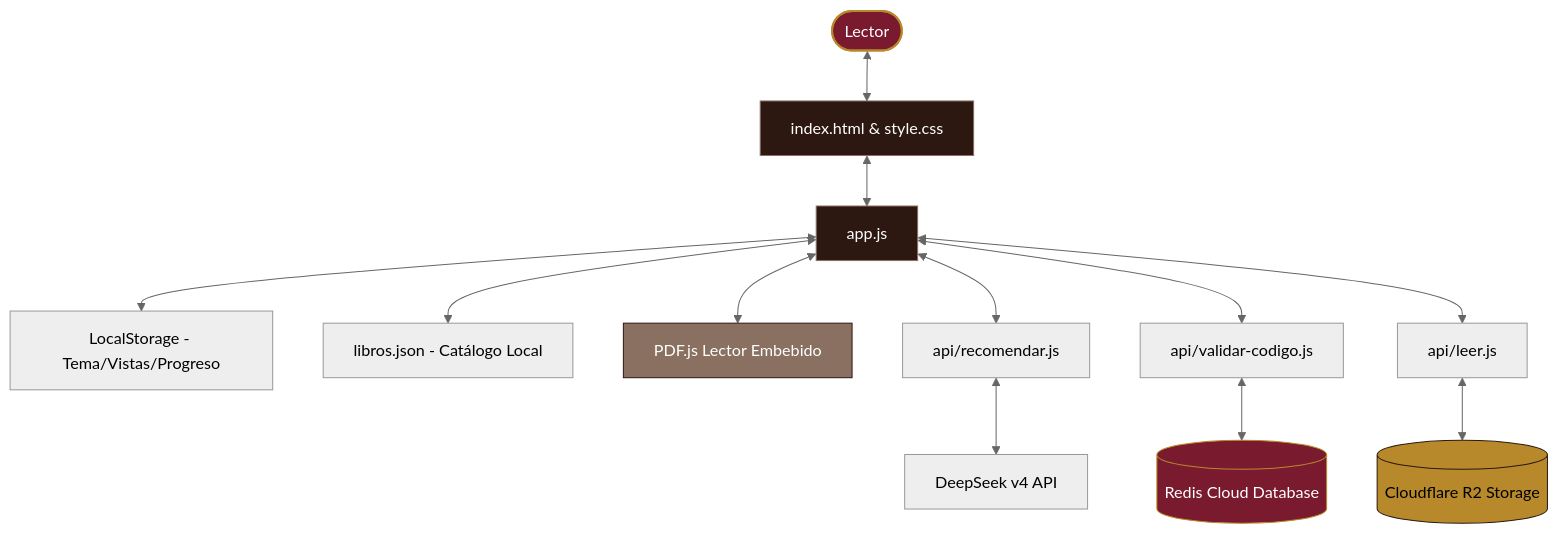
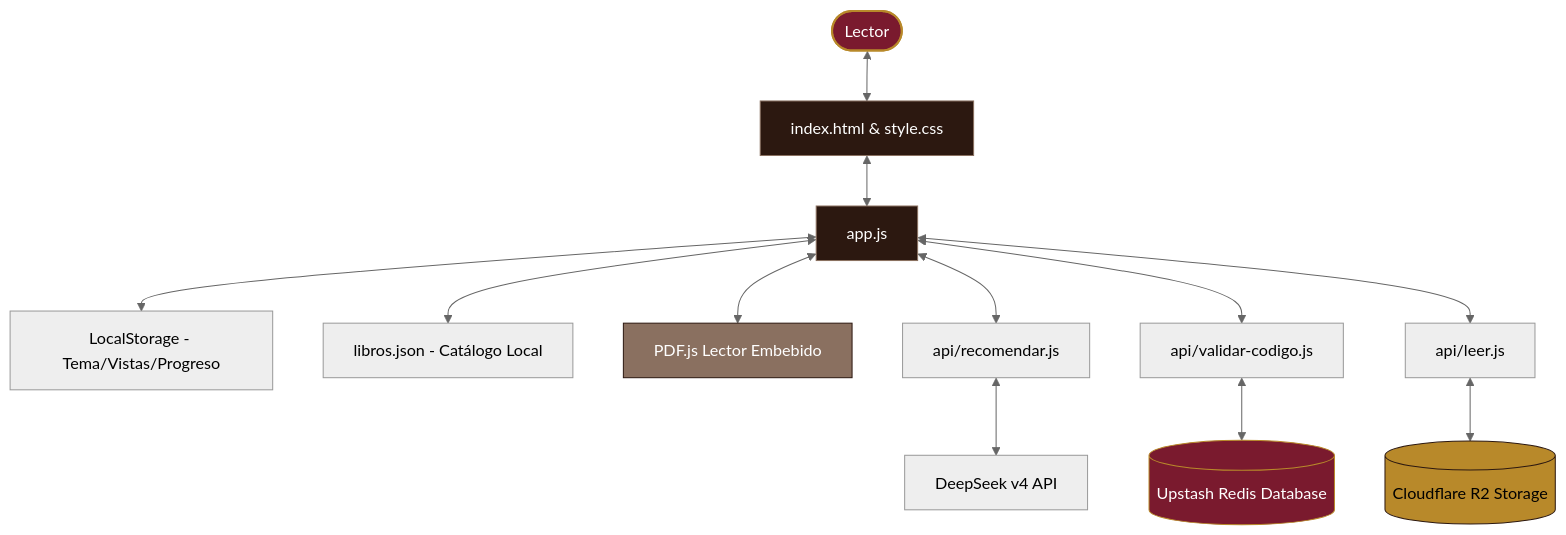
One commit to libros-en-accion/biblioteca-digital changed the diagram in boveda/02 - Arquitectura Técnica/Arquitectura - Vista General.md. Above: the diagram before and after it, drawn with Mermaid (neutral theme). The commit also changed other lines of this file and 10 other files, not shown here.

Commit message:
docs: actualizar guias y arquitectura para usar Upstash Redis y documentar automatizacion de codigos

````diff
--- a/boveda/02 - Arquitectura Técnica/Arquitectura - Vista General.md
+++ b/boveda/02 - Arquitectura Técnica/Arquitectura - Vista General.md
@@ -18,24 +18,24 @@
 ```mermaid
 graph TD
     User([Lector]) <--> HTML[index.html & style.css]
     HTML <--> JS[app.js]
     JS <--> Cache[LocalStorage - Tema/Vistas/Progreso]
     JS <--> Data[libros.json - Catálogo Local]
     JS <--> PDFJS[PDF.js Lector Embebido]
     
     JS <--> API_Rec[api/recomendar.js]
     API_Rec <--> DS[DeepSeek v4 API]
     
     JS <--> API_Val[api/validar-codigo.js]
-    API_Val <--> Redis[(Redis Cloud Database)]
+    API_Val <--> Redis[(Upstash Redis Database)]
     
     JS <--> API_Read[api/leer.js]
     API_Read <--> R2[(Cloudflare R2 Storage)]
 
     style User fill:#7a1a2e,stroke:#b8892a,stroke-width:2px,color:#fff
     style HTML fill:#2c1810,stroke:#8a7060,color:#fff
     style JS fill:#2c1810,stroke:#8a7060,color:#fff
     style PDFJS fill:#8a7060,stroke:#2c1810,color:#fff
     style Redis fill:#7a1a2e,stroke:#b8892a,color:#fff
     style R2 fill:#b8892a,stroke:#2c1810,color:#000
 ```
````
